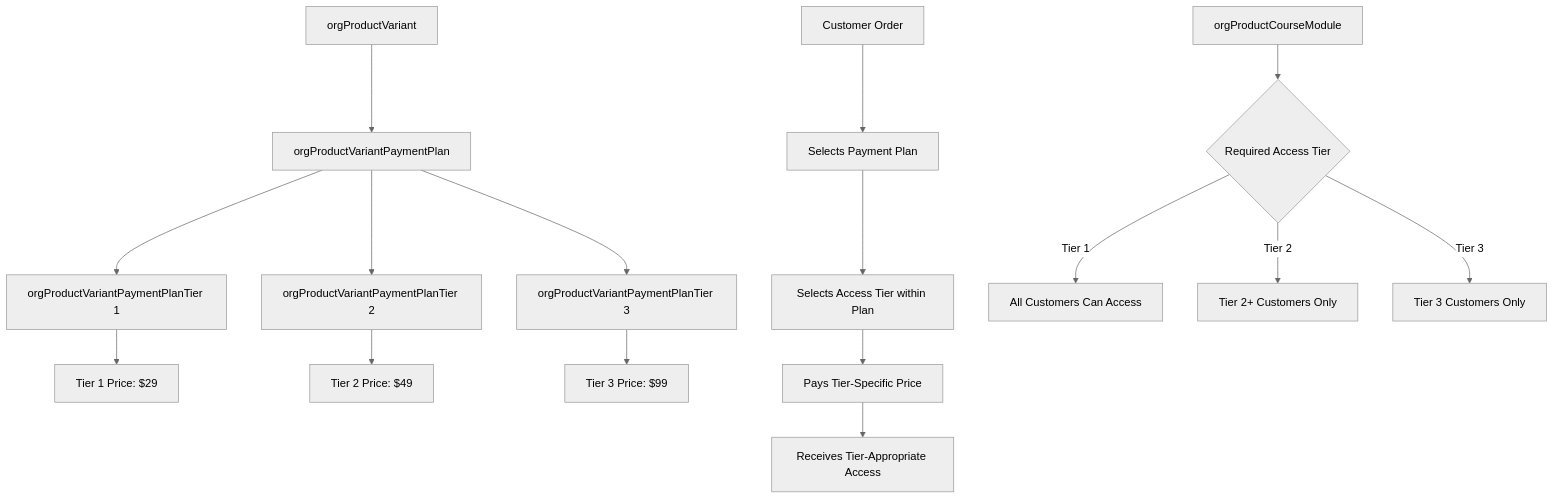
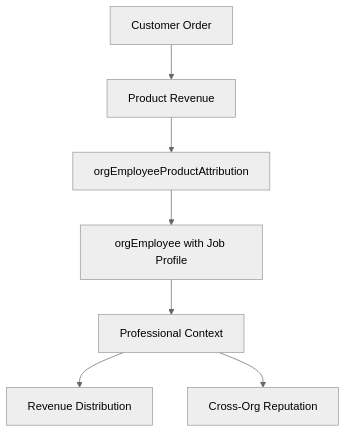
One commit to DreamEcho100/maze changed the third of 4 diagrams in apps/volmify/src/server/libs/db/schema/README.md. Above: the diagram before and after it, drawn with Mermaid (neutral theme). The commit also changed other lines of this file and 50 other files, not shown here.

First line of the commit message:
Refactor user profile schema and relations

````diff
--- a/apps/volmify/src/server/libs/db/schema/README.md
+++ b/apps/volmify/src/server/libs/db/schema/README.md
@@ -287,21 +290,9 @@
 ```mermaid
 graph TD
-    A[orgProductVariant] --> B[orgProductVariantPaymentPlan]
-    B --> C[orgProductVariantPaymentPlanTier 1]
-    B --> D[orgProductVariantPaymentPlanTier 2] 
-    B --> E[orgProductVariantPaymentPlanTier 3]
-    
-    C --> F[Tier 1 Price: $29]
-    D --> G[Tier 2 Price: $49]
-    E --> H[Tier 3 Price: $99]
-    
-    I[Customer Order] --> J[Selects Payment Plan]
-    J --> K[Selects Access Tier within Plan]
-    K --> L[Pays Tier-Specific Price]
-    L --> M[Receives Tier-Appropriate Access]
-    
-    N[orgProductCourseModule] --> O{Required Access Tier}
-    O -->|Tier 1| P[All Customers Can Access]
-    O -->|Tier 2| Q[Tier 2+ Customers Only]
-    O -->|Tier 3| R[Tier 3 Customers Only]
+    A[Customer Order] --> B[Product Revenue]
+    B --> C[orgEmployeeProductAttribution]
+    C --> D[orgEmployee with Job Profile]
+    D --> E[Professional Context]
+    E --> F[Revenue Distribution]
+    E --> G[Cross-Org Reputation]
 ```
````
